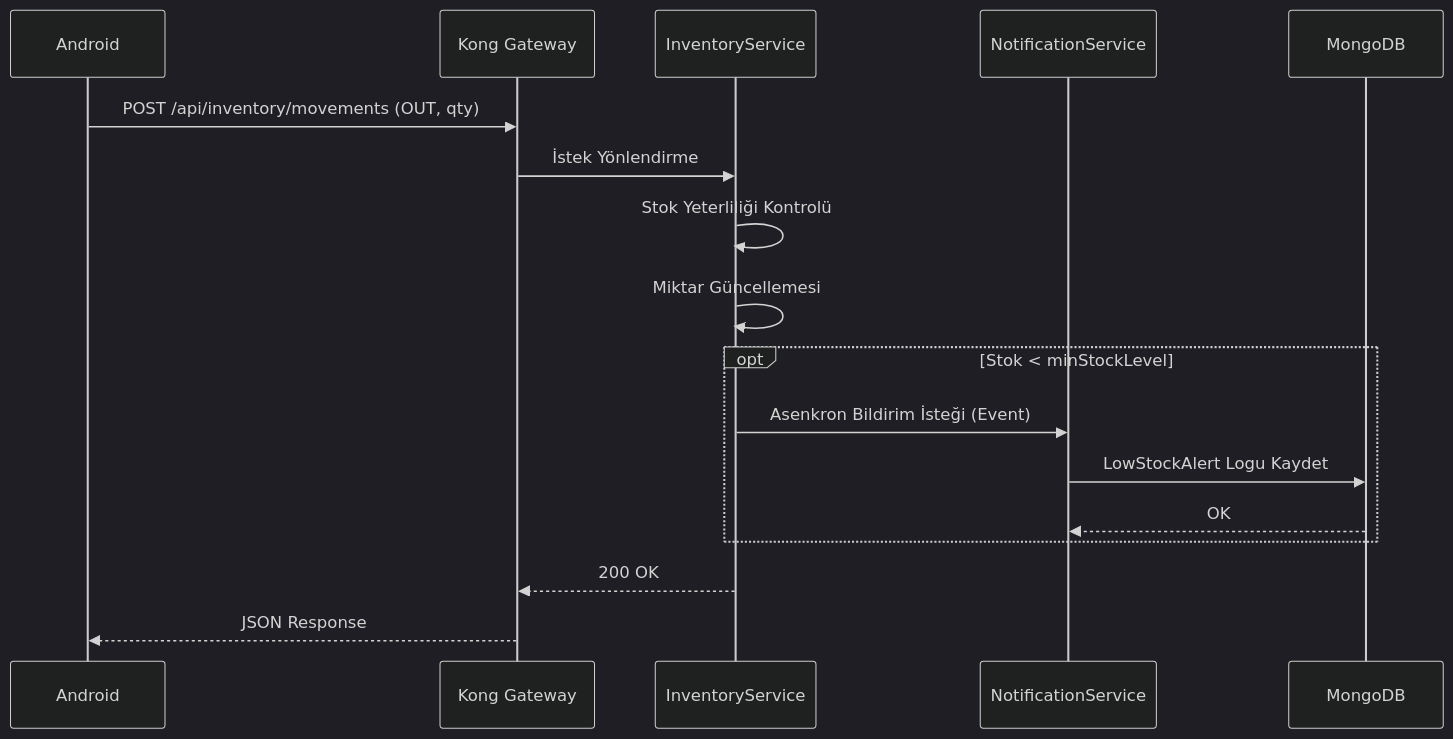
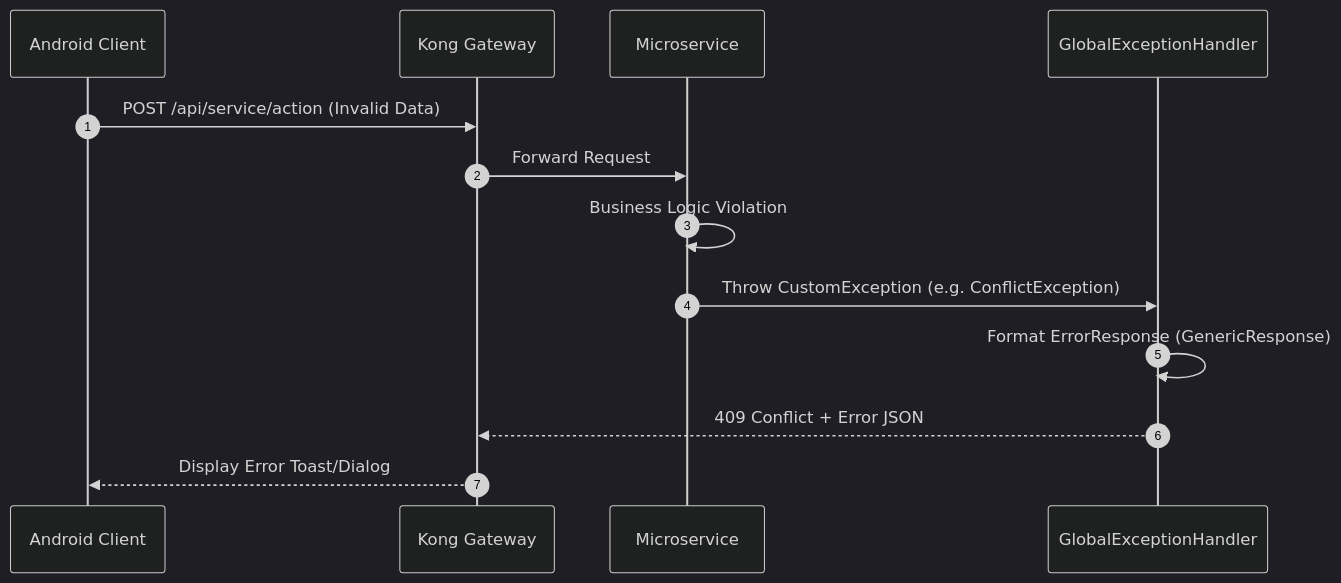
One commit to EfekanDemir/Inventory_System changed the fifth of 5 diagrams in README.md. Above: the diagram before and after it, drawn with Mermaid (dark theme). The commit also changed other lines of this file and 436 other files, not shown here.

Commit message:
feat: implement UserService logic and add StockMovementService unit tests

````diff
--- a/README.md
+++ b/README.md
@@ -181,20 +218,16 @@
 ```mermaid
 sequenceDiagram
-    participant A as Android
-    participant K as Kong Gateway
-    participant I as InventoryService
-    participant N as NotificationService
-    participant M as MongoDB
+    autonumber
+    participant A as Android Client
+    participant G as Kong Gateway
+    participant S as Microservice
+    participant E as GlobalExceptionHandler
 
-    A->>K: POST /api/inventory/movements (OUT, qty)
-    K->>I: İstek Yönlendirme
-    I->>I: Stok Yeterliliği Kontrolü
-    I->>I: Miktar Güncellemesi
-    opt Stok < minStockLevel
-        I->>N: Asenkron Bildirim İsteği (Event)
-        N->>M: LowStockAlert Logu Kaydet
-        M-->>N: OK
-    end
-    I-->>K: 200 OK
-    K-->>A: JSON Response
+    A->>G: POST /api/service/action (Invalid Data)
+    G->>S: Forward Request
+    S->>S: Business Logic Violation
+    S->>E: Throw CustomException (e.g. ConflictException)
+    E->>E: Format ErrorResponse (GenericResponse)
+    E-->>G: 409 Conflict + Error JSON
+    G-->>A: Display Error Toast/Dialog
 ```
````
